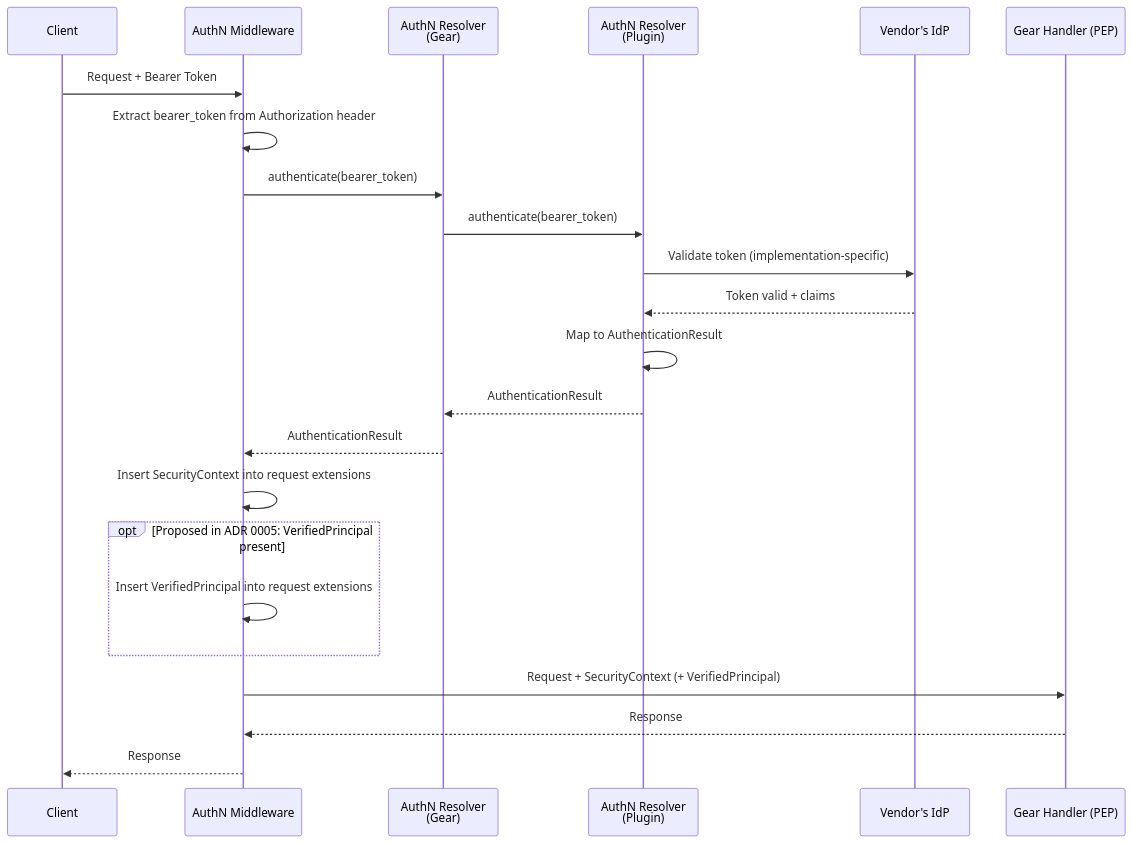
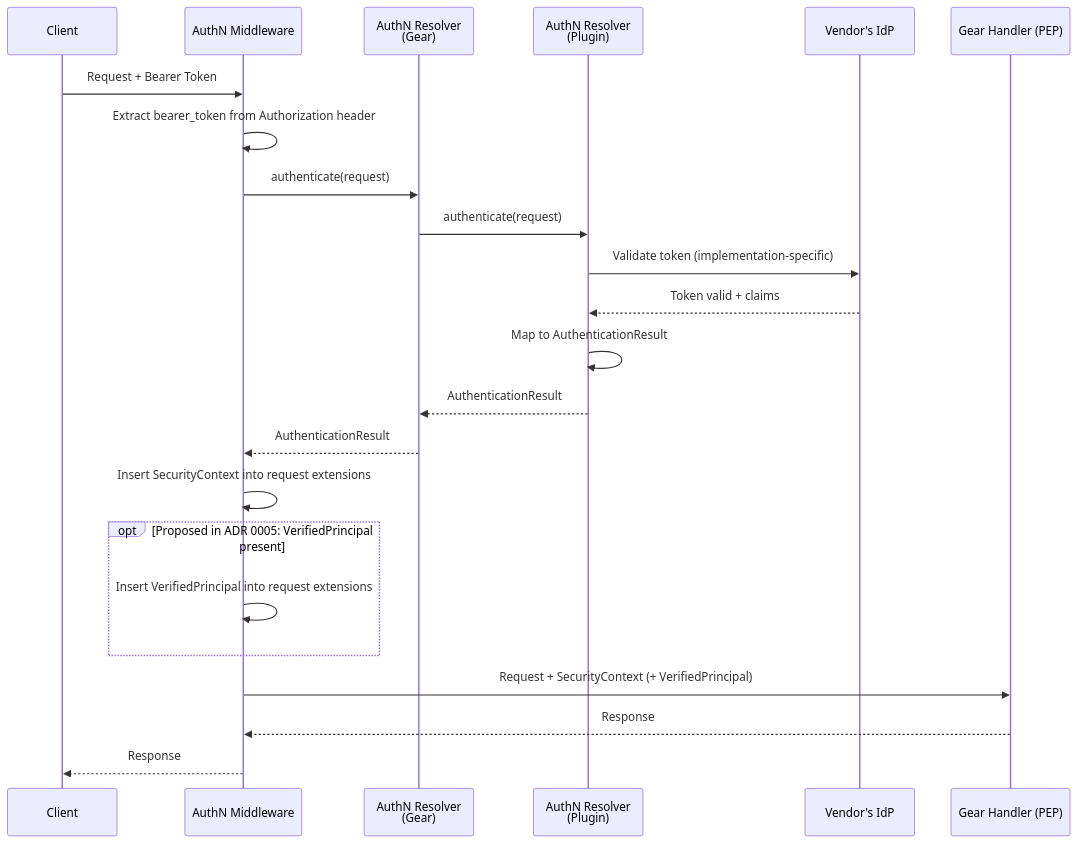
Before and after one commit to constructorfabric/gears-rust: the third of 5 diagrams in docs/arch/authorization/DESIGN.md, drawn with Mermaid. The commit also changed other lines of this file and 86 other files, not shown here.

````diff
--- a/docs/arch/authorization/DESIGN.md
+++ b/docs/arch/authorization/DESIGN.md
@@ -435,26 +437,26 @@
 ```mermaid
 sequenceDiagram
     participant Client
     participant Middleware as AuthN Middleware
     participant Resolver as AuthN Resolver<br/>(Gear)
     participant Plugin as AuthN Resolver<br/>(Plugin)
     participant IdP as Vendor's IdP
     participant Handler as Gear Handler (PEP)
 
     Client->>Middleware: Request + Bearer Token
     Middleware->>Middleware: Extract bearer_token from Authorization header
-    Middleware->>Resolver: authenticate(bearer_token)
-    Resolver->>Plugin: authenticate(bearer_token)
+    Middleware->>Resolver: authenticate(request)
+    Resolver->>Plugin: authenticate(request)
     Plugin->>IdP: Validate token (implementation-specific)
     IdP-->>Plugin: Token valid + claims
     Plugin->>Plugin: Map to AuthenticationResult
     Plugin-->>Resolver: AuthenticationResult
     Resolver-->>Middleware: AuthenticationResult
     Middleware->>Middleware: Insert SecurityContext into request extensions
     opt Proposed in ADR 0005: VerifiedPrincipal present
         Middleware->>Middleware: Insert VerifiedPrincipal into request extensions
     end
     Middleware->>Handler: Request + SecurityContext (+ VerifiedPrincipal)
     Handler-->>Middleware: Response
     Middleware-->>Client: Response
 ```
````
